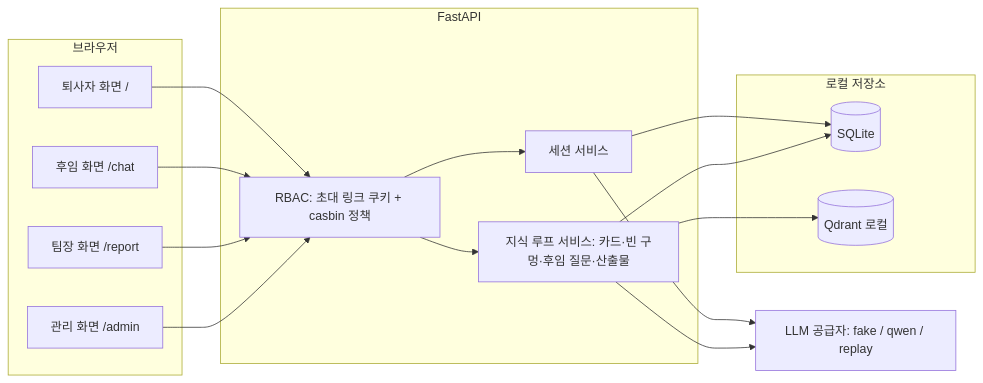
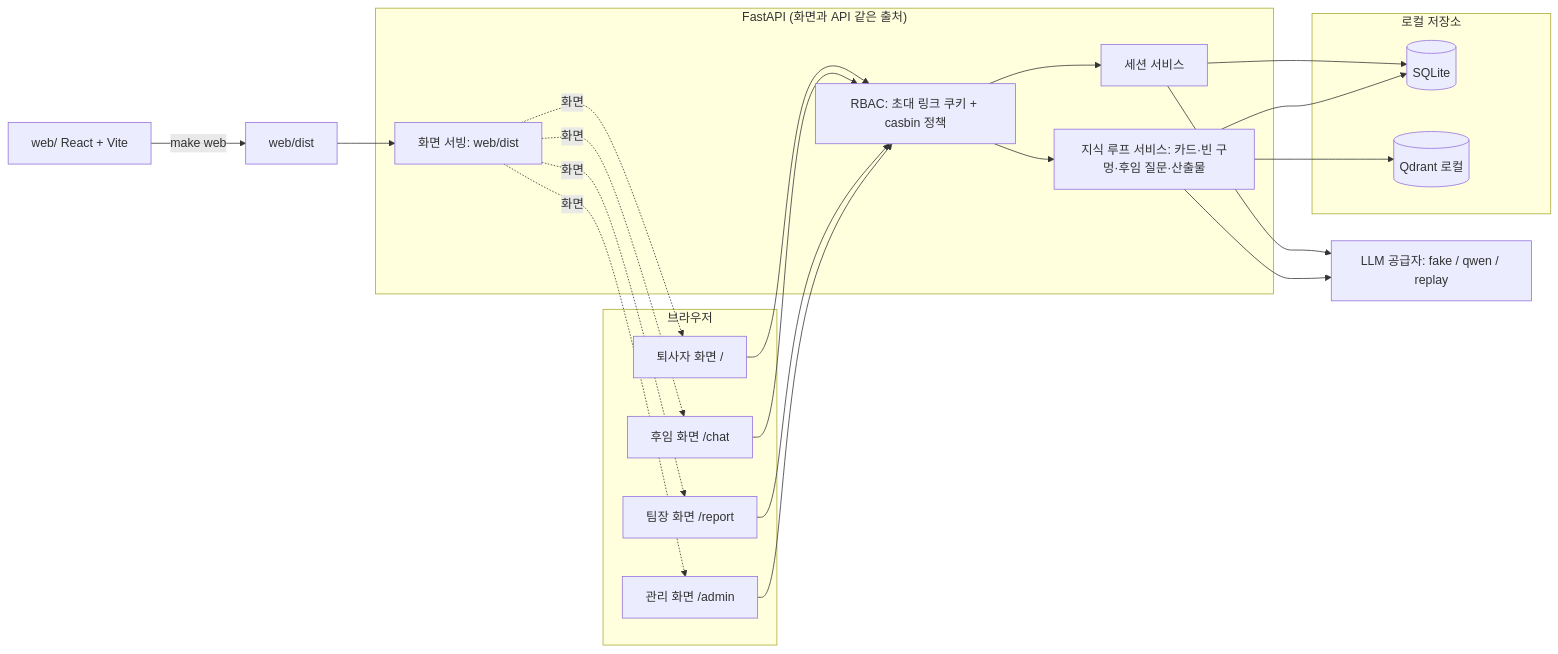
The diagram in README.md (ilyos-numon/handoff), drawn with Mermaid before and after one commit. The commit also changed other lines of this file and 1 other file, not shown here.

Commit message:
[T-20261027-web-frontend][s16] README·usage 새 프론트 기준

````diff
--- a/README.md
+++ b/README.md
@@ -26,24 +28,28 @@
 ```mermaid
 flowchart LR
+  W["web/ React + Vite"] -- make web --> D["web/dist"]
   subgraph Browser["브라우저"]
     L["퇴사자 화면 /"]
     C["후임 화면 /chat"]
     R["팀장 화면 /report"]
     A["관리 화면 /admin"]
   end
-  subgraph API["FastAPI"]
+  subgraph API["FastAPI (화면과 API 같은 출처)"]
+    F["화면 서빙: web/dist"]
     G["RBAC: 초대 링크 쿠키 + casbin 정책"]
     S["세션 서비스"]
     K["지식 루프 서비스: 카드·빈 구멍·후임 질문·산출물"]
   end
   subgraph Local["로컬 저장소"]
     DB[("SQLite")]
     Q[("Qdrant 로컬")]
   end
   P["LLM 공급자: fake / qwen / replay"]
+  D --> F
+  F -. 화면 .-> L & C & R & A
   L & C & R & A --> G
   G --> S & K
   S & K --> DB
   K --> Q
   S & K --> P
 ```
````
